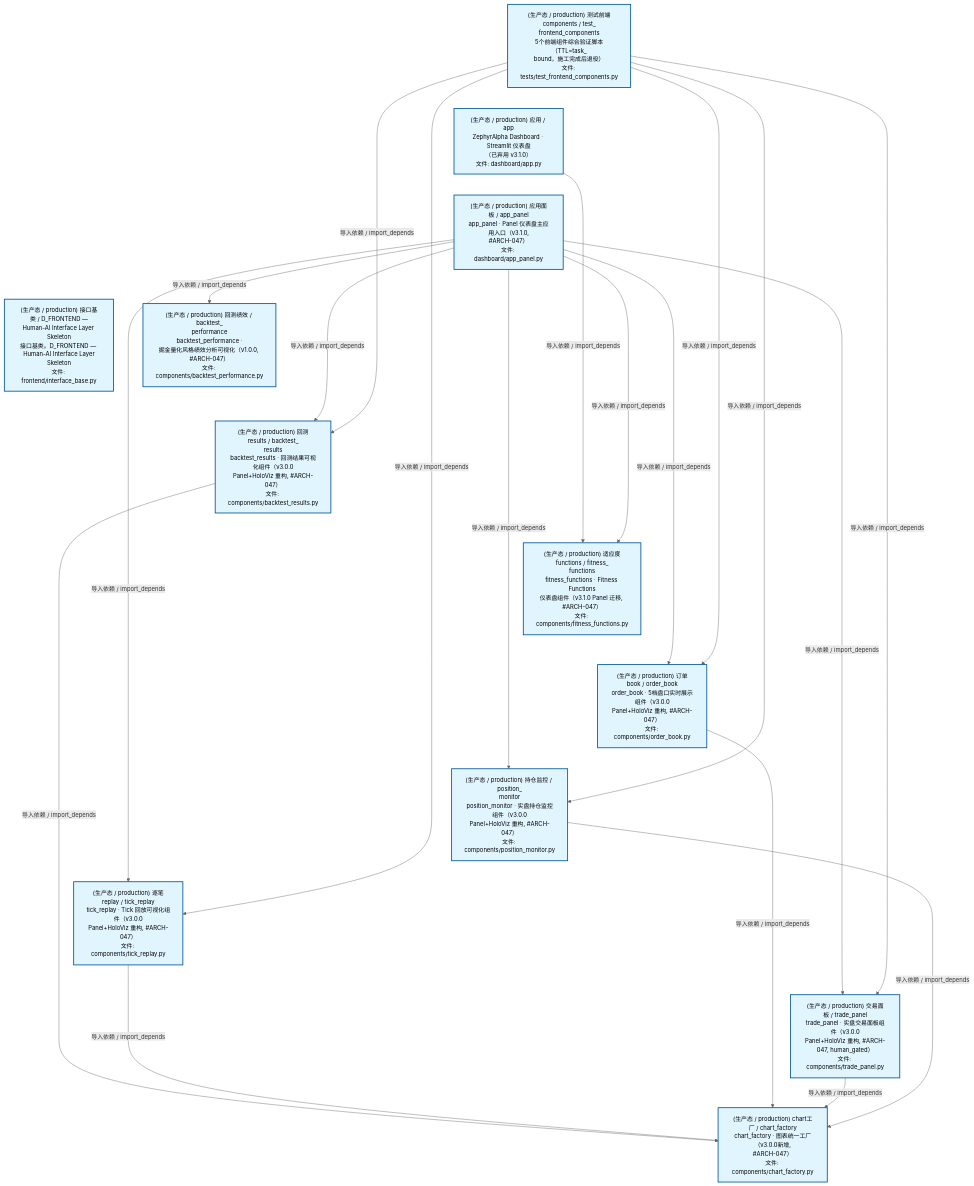
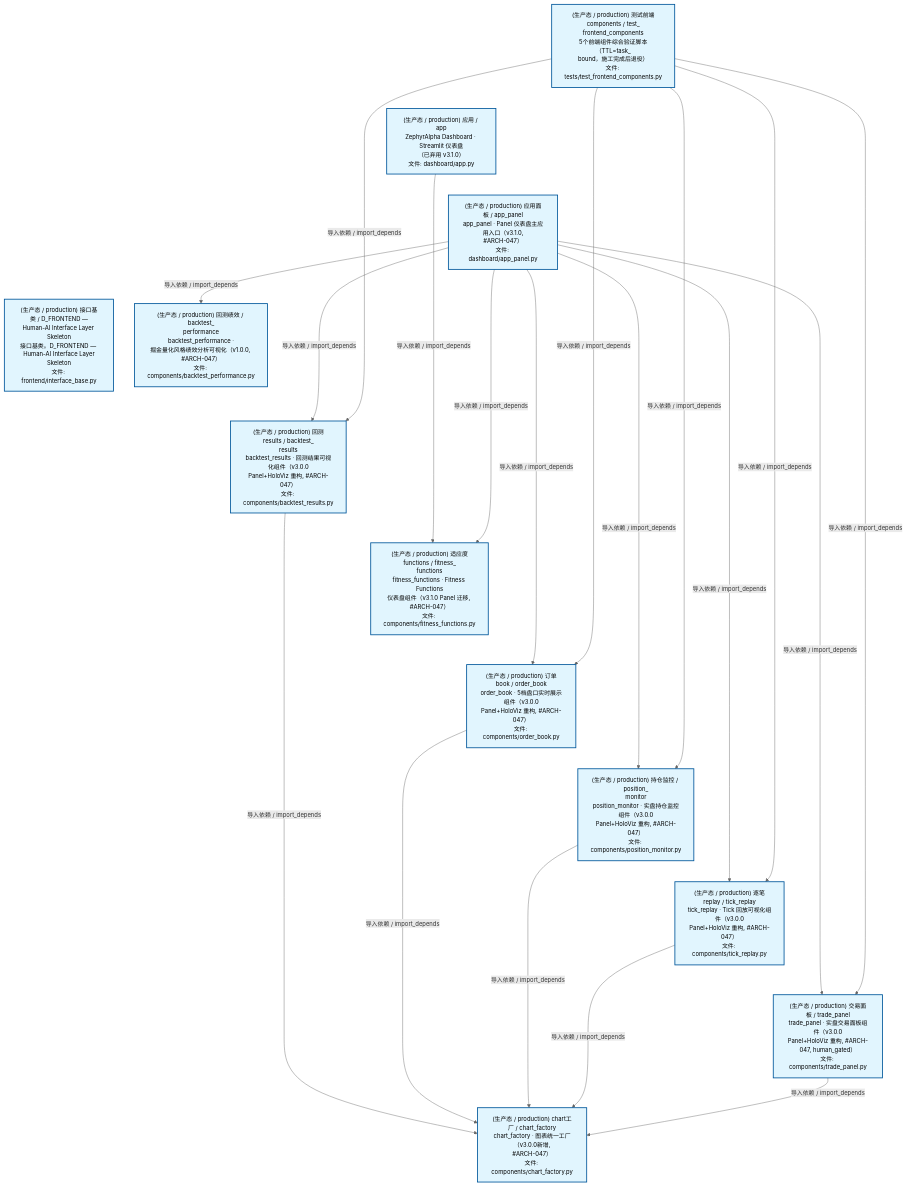
One commit to xuanFelixVan/ZephyrAlpha changed the second of 4 diagrams in docs/02_enterprise_architecture/02_domain_architecture_docs/47_d_frontend.md. Above: the diagram before and after it, drawn with Mermaid. The commit also changed other lines of this file and 35 other files, not shown here.

````diff
--- a/docs/02_enterprise_architecture/02_domain_architecture_docs/47_d_frontend.md
+++ b/docs/02_enterprise_architecture/02_domain_architecture_docs/47_d_frontend.md
@@ -124,48 +124,48 @@
 ```mermaid
 %%{init: {'theme': 'base', 'themeVariables': {'primaryColor': '#eaeaea', 'primaryTextColor': '#333333', 'primaryBorderColor': '#666666', 'lineColor': '#666666', 'secondaryColor': '#eaeaea', 'tertiaryColor': '#eaeaea', 'fontSize': '14px'}}}%%
 flowchart TD
     scripts_tests_test_frontend_components_py["(生产态 / production) 测试前端components / test_<br/>frontend_components<br/>5个前端组件综合验证脚本（TTL=task_<br/>bound，施工完成后退役）<br/>文件: tests/test_frontend_components.py"]
     src_zephyr_frontend_dashboard_app_py["(生产态 / production) 应用 / app<br/>ZephyrAlpha Dashboard · Streamlit 仪表盘<br/>（已弃用 v3.1.0）<br/>文件: dashboard/app.py"]
     src_zephyr_frontend_dashboard_app_panel_py["(生产态 / production) 应用面板 / app_panel<br/>app_panel · Panel 仪表盘主应用入口（v3.1.0,<br/>#ARCH-047）<br/>文件: dashboard/app_panel.py"]
     src_zephyr_frontend_interface_base_py["(生产态 / production) 接口基类 / D_FRONTEND —<br/>Human-AI Interface Layer Skeleton<br/>接口基类。D_FRONTEND — Human-AI Interface Layer<br/>Skeleton<br/>文件: frontend/interface_base.py"]
     scripts_tests_test_frontend_components_py ~~~ src_zephyr_frontend_dashboard_app_py
     src_zephyr_frontend_dashboard_app_py ~~~ src_zephyr_frontend_dashboard_app_panel_py
     src_zephyr_frontend_dashboard_app_panel_py ~~~ src_zephyr_frontend_interface_base_py
     src_zephyr_frontend_dashboard_components_backtest_performance_py["(生产态 / production) 回测绩效 / backtest_<br/>performance<br/>backtest_performance ·<br/>掘金量化风格绩效分析可视化（v1.0.0, #ARCH-047）<br/>文件: components/backtest_performance.py"]
     src_zephyr_frontend_dashboard_components_backtest_results_py["(生产态 / production) 回测results / backtest_<br/>results<br/>backtest_results · 回测结果可视化组件（v3.0.0<br/>Panel+HoloViz 重构, #ARCH-047）<br/>文件: components/backtest_results.py"]
     src_zephyr_frontend_dashboard_components_fitness_functions_py["(生产态 / production) 适应度functions / fitness_<br/>functions<br/>fitness_functions · Fitness Functions<br/>仪表盘组件（v3.1.0 Panel 迁移, #ARCH-047）<br/>文件: components/fitness_functions.py"]
     src_zephyr_frontend_dashboard_components_order_book_py["(生产态 / production) 订单book / order_book<br/>order_book · 5档盘口实时展示组件（v3.0.0<br/>Panel+HoloViz 重构, #ARCH-047）<br/>文件: components/order_book.py"]
     src_zephyr_frontend_dashboard_components_position_monitor_py["(生产态 / production) 持仓监控 / position_<br/>monitor<br/>position_monitor · 实盘持仓监控组件（v3.0.0<br/>Panel+HoloViz 重构, #ARCH-047）<br/>文件: components/position_monitor.py"]
     src_zephyr_frontend_dashboard_components_tick_replay_py["(生产态 / production) 逐笔replay / tick_replay<br/>tick_replay · Tick 回放可视化组件（v3.0.0<br/>Panel+HoloViz 重构, #ARCH-047）<br/>文件: components/tick_replay.py"]
     src_zephyr_frontend_dashboard_components_trade_panel_py["(生产态 / production) 交易面板 / trade_panel<br/>trade_panel · 实盘交易面板组件（v3.0.0<br/>Panel+HoloViz 重构, #ARCH-047, human_gated）<br/>文件: components/trade_panel.py"]
     src_zephyr_frontend_dashboard_components_backtest_performance_py ~~~ src_zephyr_frontend_dashboard_components_backtest_results_py
     src_zephyr_frontend_dashboard_components_backtest_results_py ~~~ src_zephyr_frontend_dashboard_components_fitness_functions_py
     src_zephyr_frontend_dashboard_components_fitness_functions_py ~~~ src_zephyr_frontend_dashboard_components_order_book_py
     src_zephyr_frontend_dashboard_components_order_book_py ~~~ src_zephyr_frontend_dashboard_components_position_monitor_py
     src_zephyr_frontend_dashboard_components_position_monitor_py ~~~ src_zephyr_frontend_dashboard_components_tick_replay_py
     src_zephyr_frontend_dashboard_components_tick_replay_py ~~~ src_zephyr_frontend_dashboard_components_trade_panel_py
     src_zephyr_frontend_dashboard_components_chart_factory_py["(生产态 / production) chart工厂 / chart_factory<br/>chart_factory · 图表统一工厂（v3.0.0新增,<br/>#ARCH-047）<br/>文件: components/chart_factory.py"]
     src_zephyr_frontend_dashboard_app_py -->|导入依赖 / import_depends| src_zephyr_frontend_dashboard_components_fitness_functions_py
+    src_zephyr_frontend_dashboard_components_backtest_results_py -->|导入依赖 / import_depends| src_zephyr_frontend_dashboard_components_chart_factory_py
+    src_zephyr_frontend_dashboard_app_panel_py -->|导入依赖 / import_depends| src_zephyr_frontend_dashboard_components_backtest_results_py
     src_zephyr_frontend_dashboard_app_panel_py -->|导入依赖 / import_depends| src_zephyr_frontend_dashboard_components_backtest_performance_py
-    src_zephyr_frontend_dashboard_app_panel_py -->|导入依赖 / import_depends| src_zephyr_frontend_dashboard_components_backtest_results_py
+    src_zephyr_frontend_dashboard_app_panel_py -->|导入依赖 / import_depends| src_zephyr_frontend_dashboard_components_order_book_py
     src_zephyr_frontend_dashboard_app_panel_py -->|导入依赖 / import_depends| src_zephyr_frontend_dashboard_components_fitness_functions_py
+    src_zephyr_frontend_dashboard_app_panel_py -->|导入依赖 / import_depends| src_zephyr_frontend_dashboard_components_position_monitor_py
     src_zephyr_frontend_dashboard_app_panel_py -->|导入依赖 / import_depends| src_zephyr_frontend_dashboard_components_tick_replay_py
-    src_zephyr_frontend_dashboard_app_panel_py -->|导入依赖 / import_depends| src_zephyr_frontend_dashboard_components_order_book_py
     src_zephyr_frontend_dashboard_app_panel_py -->|导入依赖 / import_depends| src_zephyr_frontend_dashboard_components_trade_panel_py
-    src_zephyr_frontend_dashboard_app_panel_py -->|导入依赖 / import_depends| src_zephyr_frontend_dashboard_components_position_monitor_py
-    src_zephyr_frontend_dashboard_components_backtest_results_py -->|导入依赖 / import_depends| src_zephyr_frontend_dashboard_components_chart_factory_py
+    src_zephyr_frontend_dashboard_components_order_book_py -->|导入依赖 / import_depends| src_zephyr_frontend_dashboard_components_chart_factory_py
+    src_zephyr_frontend_dashboard_components_position_monitor_py -->|导入依赖 / import_depends| src_zephyr_frontend_dashboard_components_chart_factory_py
     src_zephyr_frontend_dashboard_components_tick_replay_py -->|导入依赖 / import_depends| src_zephyr_frontend_dashboard_components_chart_factory_py
-    src_zephyr_frontend_dashboard_components_order_book_py -->|导入依赖 / import_depends| src_zephyr_frontend_dashboard_components_chart_factory_py
     src_zephyr_frontend_dashboard_components_trade_panel_py -->|导入依赖 / import_depends| src_zephyr_frontend_dashboard_components_chart_factory_py
-    src_zephyr_frontend_dashboard_components_position_monitor_py -->|导入依赖 / import_depends| src_zephyr_frontend_dashboard_components_chart_factory_py
     scripts_tests_test_frontend_components_py -->|导入依赖 / import_depends| src_zephyr_frontend_dashboard_components_backtest_results_py
+    scripts_tests_test_frontend_components_py -->|导入依赖 / import_depends| src_zephyr_frontend_dashboard_components_order_book_py
+    scripts_tests_test_frontend_components_py -->|导入依赖 / import_depends| src_zephyr_frontend_dashboard_components_position_monitor_py
     scripts_tests_test_frontend_components_py -->|导入依赖 / import_depends| src_zephyr_frontend_dashboard_components_tick_replay_py
-    scripts_tests_test_frontend_components_py -->|导入依赖 / import_depends| src_zephyr_frontend_dashboard_components_order_book_py
     scripts_tests_test_frontend_components_py -->|导入依赖 / import_depends| src_zephyr_frontend_dashboard_components_trade_panel_py
-    scripts_tests_test_frontend_components_py -->|导入依赖 / import_depends| src_zephyr_frontend_dashboard_components_position_monitor_py
     classDef production fill:#e1f5fe,stroke:#01579b,stroke-width:2px,color:#000
     classDef design fill:#fff3e0,stroke:#e65100,stroke-width:2px,color:#000,stroke-dasharray: 5 5
     classDef external_prod fill:#e8f4fd,stroke:#0277bd,stroke-width:1px,color:#000
     classDef external_design fill:#fff8e7,stroke:#ef6c00,stroke-width:1px,color:#000,stroke-dasharray: 5 5
     class scripts_tests_test_frontend_components_py,src_zephyr_frontend_dashboard_app_py,src_zephyr_frontend_dashboard_app_panel_py,src_zephyr_frontend_dashboard_components_backtest_performance_py,src_zephyr_frontend_dashboard_components_backtest_results_py,src_zephyr_frontend_dashboard_components_chart_factory_py,src_zephyr_frontend_dashboard_components_fitness_functions_py,src_zephyr_frontend_dashboard_components_order_book_py,src_zephyr_frontend_dashboard_components_position_monitor_py,src_zephyr_frontend_dashboard_components_tick_replay_py,src_zephyr_frontend_dashboard_components_trade_panel_py,src_zephyr_frontend_interface_base_py production
 ```
````
